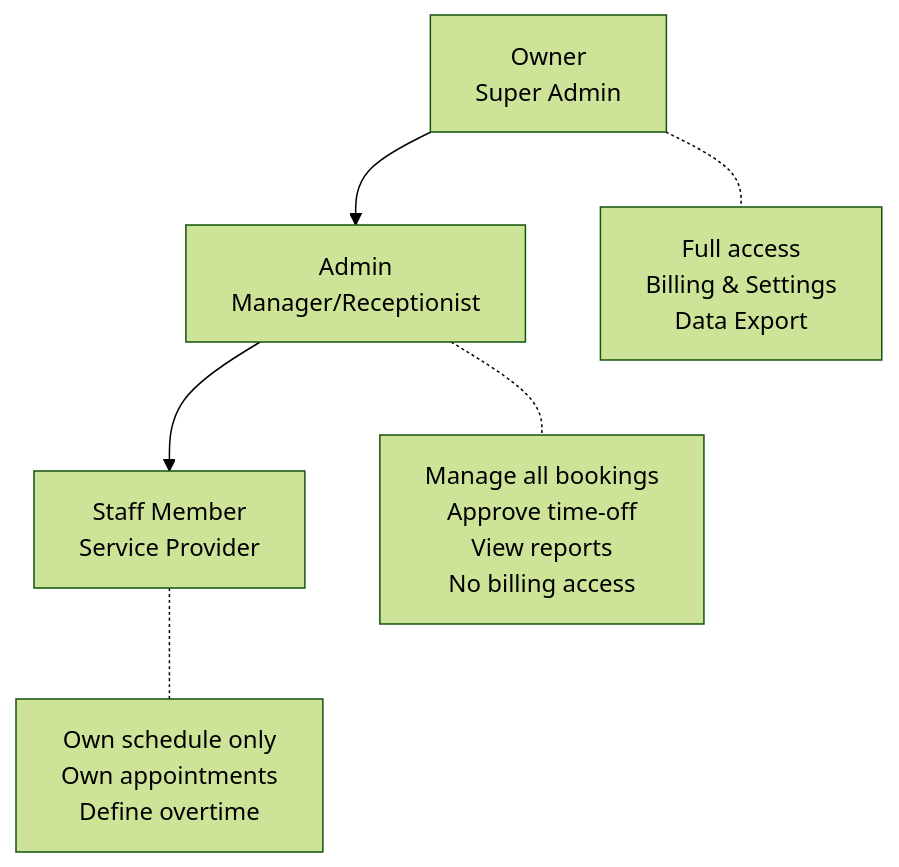
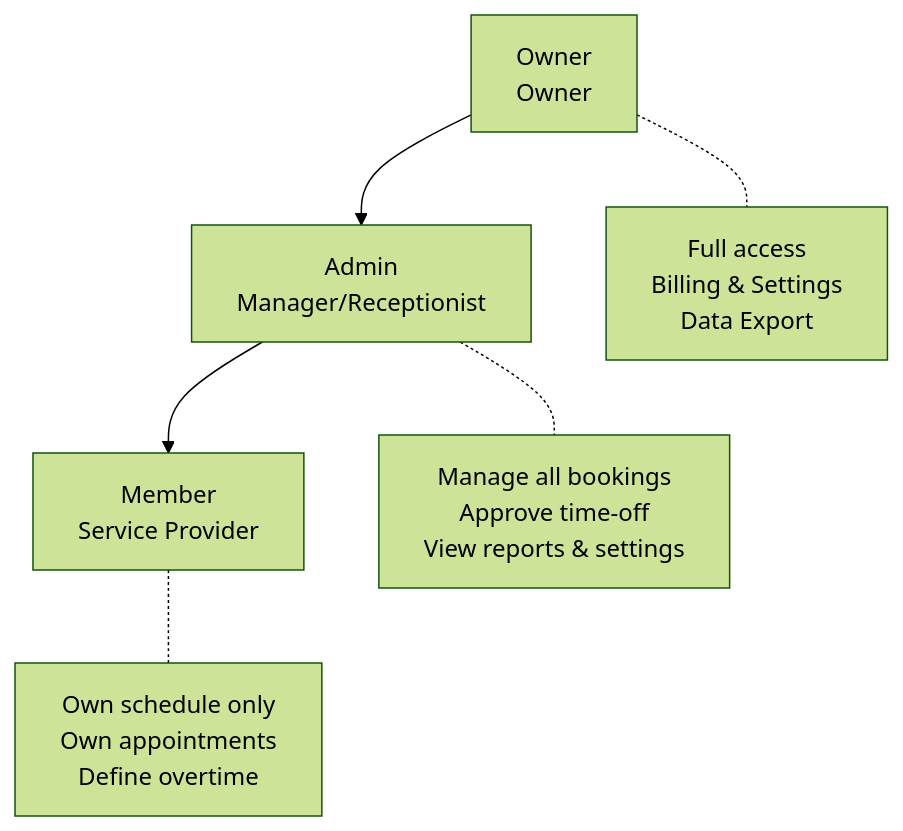
Before and after one commit to UnderprotectionDev/salon-management-saas: the first of 3 diagrams in docs/prd/03-features/staff-management.md, drawn with Mermaid (forest theme). The commit also changed other lines of this file and 57 other files, not shown here.

Commit message:
Add multi-tenant onboarding, settings and staff

````diff
--- a/docs/prd/03-features/staff-management.md
+++ b/docs/prd/03-features/staff-management.md
@@ -29,13 +29,13 @@
 ```mermaid
 flowchart TB
-    Owner[Owner<br/>Super Admin]
+    Owner[Owner<br/>Owner]
     Admin[Admin<br/>Manager/Receptionist]
-    Staff[Staff Member<br/>Service Provider]
+    Member[Member<br/>Service Provider]
 
     Owner --> Admin
-    Admin --> Staff
+    Admin --> Member
 
     Owner -.- OwnerPerms["Full access<br/>Billing & Settings<br/>Data Export"]
-    Admin -.- AdminPerms["Manage all bookings<br/>Approve time-off<br/>View reports<br/>No billing access"]
-    Staff -.- StaffPerms["Own schedule only<br/>Own appointments<br/>Define overtime"]
+    Admin -.- AdminPerms["Manage all bookings<br/>Approve time-off<br/>View reports & settings"]
+    Member -.- MemberPerms["Own schedule only<br/>Own appointments<br/>Define overtime"]
 ```
````
